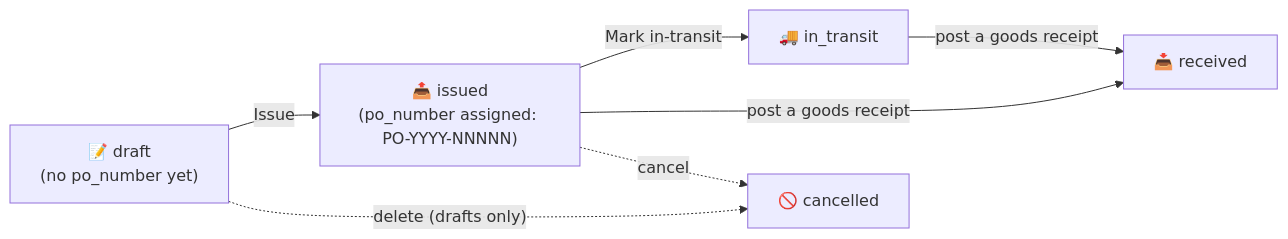
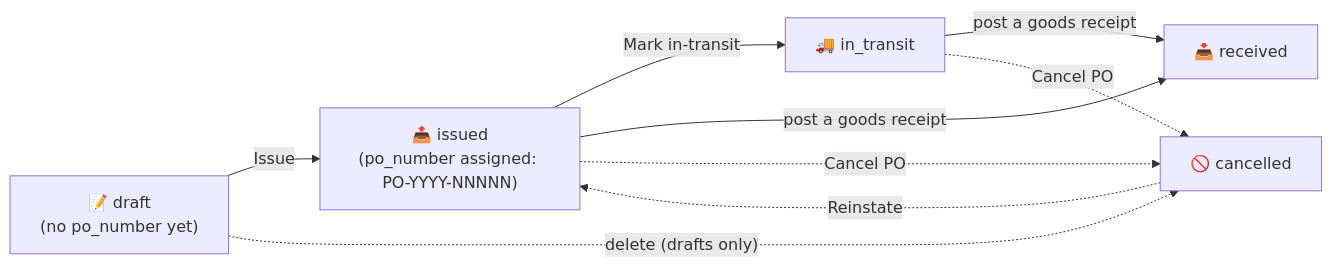
Before and after one commit to Eran-Rof/design-calendar-app: the diagram in docs/tangerine/user-guide/28-purchase-orders-and-size-matrix.md, drawn with Mermaid. The commit also changed other lines of this file and 3 other files, not shown here.

First line of the commit message:
#1571 PO: Cancel PO + Reinstate buttons (SO parity, commitment-aware)

````diff
--- a/docs/tangerine/user-guide/28-purchase-orders-and-size-matrix.md
+++ b/docs/tangerine/user-guide/28-purchase-orders-and-size-matrix.md
@@ -111,15 +111,17 @@
 ```mermaid
 flowchart LR
     Draft["📝 draft<br/>(no po_number yet)"]
     Issued["📤 issued<br/>(po_number assigned: PO-YYYY-NNNNN)"]
     Transit["🚚 in_transit"]
     Received["📥 received"]
     Cancelled["🚫 cancelled"]
 
     Draft -->|"Issue"| Issued
     Issued -->|"Mark in-transit"| Transit
     Issued -->|"post a goods receipt"| Received
     Transit -->|"post a goods receipt"| Received
     Draft -. "delete (drafts only)" .-> Cancelled
-    Issued -. "cancel" .-> Cancelled
+    Issued -. "Cancel PO" .-> Cancelled
+    Transit -. "Cancel PO" .-> Cancelled
+    Cancelled -. "Reinstate" .-> Issued
 ```
````
